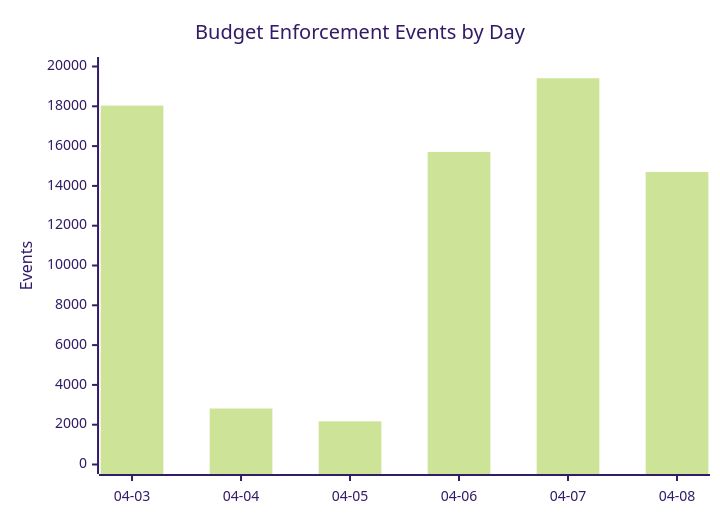
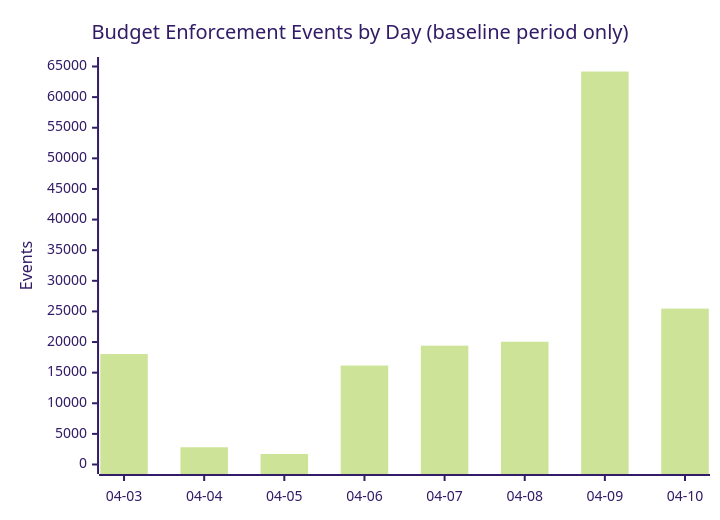
One commit to ArkNill/claude-code-hidden-problem-analysis changed the fifth of 9 diagrams in 13_PROXY-DATA.md. Above: the diagram before and after it, drawn with Mermaid (forest theme). The commit also changed other lines of this file and 17 other files, not shown here.

````diff
--- a/13_PROXY-DATA.md
+++ b/13_PROXY-DATA.md
@@ -168,7 +173,7 @@
 ```mermaid
 xychart-beta
-    title "Budget Enforcement Events by Day"
-    x-axis ["04-03","04-04","04-05","04-06","04-07","04-08"]
-    y-axis "Events" 0 --> 20000
-    bar [18036,2815,2170,15708,19409,14701]
+    title "Budget Enforcement Events by Day (baseline period only)"
+    x-axis ["04-03","04-04","04-05","04-06","04-07","04-08","04-09","04-10"]
+    y-axis "Events" 0 --> 65000
+    bar [18036,2815,1714,16164,19409,20045,64175,25460]
 ```
````
